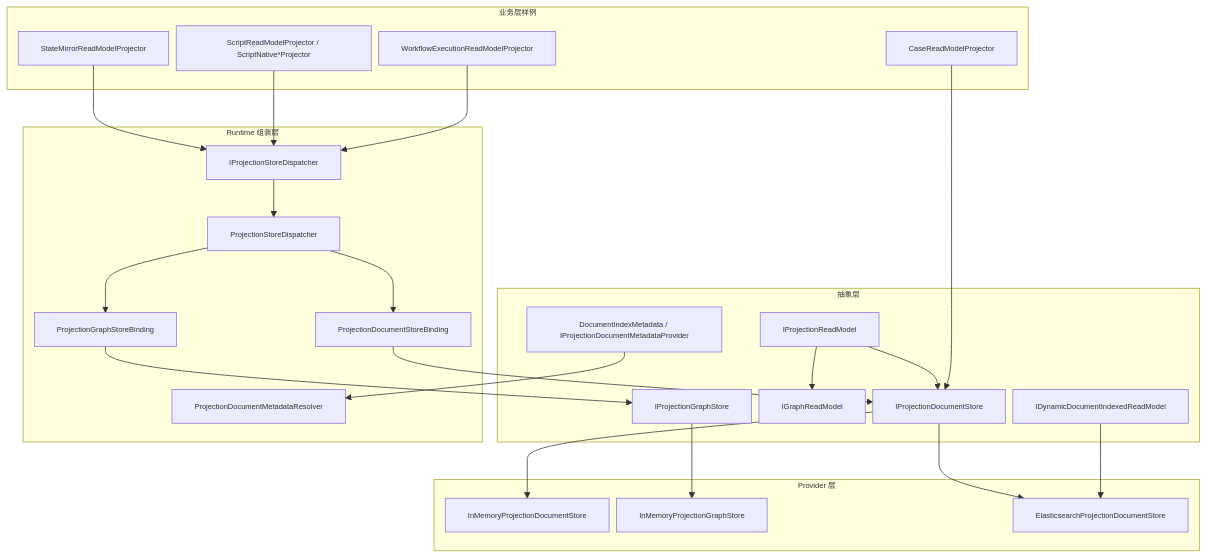
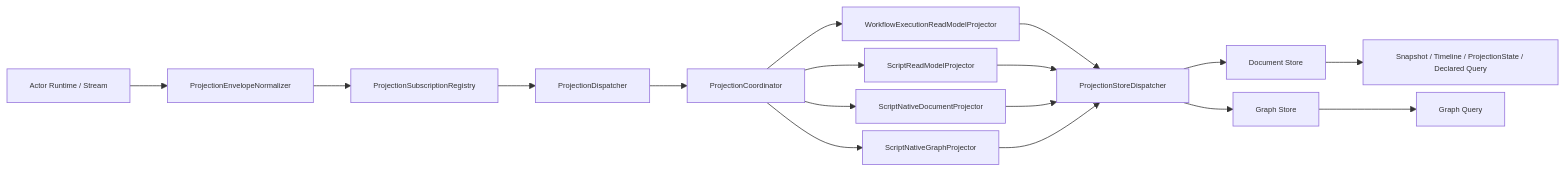
The first of 3 diagrams in docs/architecture/2026-03-15-cqrs-projection-readmodels-architecture.md (aevatarAI/aevatar), drawn with Mermaid before and after one commit. The commit also changed other lines of this file and 3 other files, not shown here.

First line of the commit message:
Enhance ReadModel Architecture with Snapshot Fact and Projection Guidelines

````diff
--- a/docs/architecture/2026-03-15-cqrs-projection-readmodels-architecture.md
+++ b/docs/architecture/2026-03-15-cqrs-projection-readmodels-architecture.md
@@ -34,53 +66,20 @@
 ```mermaid
 %%{init: {"maxTextSize": 100000, "flowchart": {"useMaxWidth": false, "nodeSpacing": 10, "rankSpacing": 50}, "themeVariables": {"fontSize": "10px"}}}%%
-flowchart TB
-  subgraph A["抽象层"]
-    A1["IProjectionReadModel"]
-    A2["IProjectionDocumentStore<TReadModel,TKey>"]
-    A3["IGraphReadModel"]
-    A4["IProjectionGraphStore"]
-    A5["DocumentIndexMetadata / IProjectionDocumentMetadataProvider<T>"]
-    A6["IDynamicDocumentIndexedReadModel"]
-  end
-
-  subgraph B["Runtime 组装层"]
-    B1["IProjectionStoreDispatcher<TReadModel,TKey>"]
-    B2["ProjectionStoreDispatcher<TReadModel,TKey>"]
-    B3["ProjectionDocumentStoreBinding<TReadModel,TKey>"]
-    B4["ProjectionGraphStoreBinding<TReadModel,TKey>"]
-    B5["ProjectionDocumentMetadataResolver"]
-  end
-
-  subgraph C["Provider 层"]
-    C1["InMemoryProjectionDocumentStore<TReadModel,TKey>"]
-    C2["InMemoryProjectionGraphStore"]
-    C3["ElasticsearchProjectionDocumentStore<TReadModel,TKey>"]
-  end
-
-  subgraph D["业务层样例"]
-    D1["WorkflowExecutionReadModelProjector"]
-    D2["ScriptReadModelProjector / ScriptNative*Projector"]
-    D3["CaseReadModelProjector"]
-    D4["StateMirrorReadModelProjector<TState,TReadModel,TKey>"]
-  end
-
-  D1 --> B1
-  D2 --> B1
-  D4 --> B1
-  D3 --> A2
-
-  A1 --> A2
-  A1 --> A3
-  A5 --> B5
-  A6 --> C3
-
-  B1 --> B2
-  B2 --> B3
-  B2 --> B4
-  B3 --> A2
-  B4 --> A4
-
-  A2 --> C1
-  A2 --> C3
-  A4 --> C2
+flowchart LR
+  A["Actor Runtime / Stream"] --> B["ProjectionEnvelopeNormalizer"]
+  B --> C["ProjectionSubscriptionRegistry"]
+  C --> D["ProjectionDispatcher"]
+  D --> E["ProjectionCoordinator"]
+  E --> F1["WorkflowExecutionReadModelProjector"]
+  E --> F2["ScriptReadModelProjector"]
+  E --> F3["ScriptNativeDocumentProjector"]
+  E --> F4["ScriptNativeGraphProjector"]
+  F1 --> G["ProjectionStoreDispatcher"]
+  F2 --> G
+  F3 --> G
+  F4 --> G
+  G --> H1["Document Store"]
+  G --> H2["Graph Store"]
+  H1 --> I1["Snapshot / Timeline / ProjectionState / Declared Query"]
+  H2 --> I2["Graph Query"]
 ```
````
